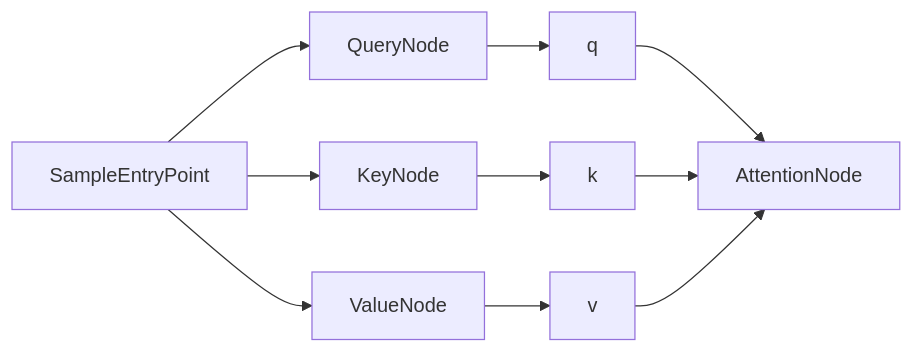
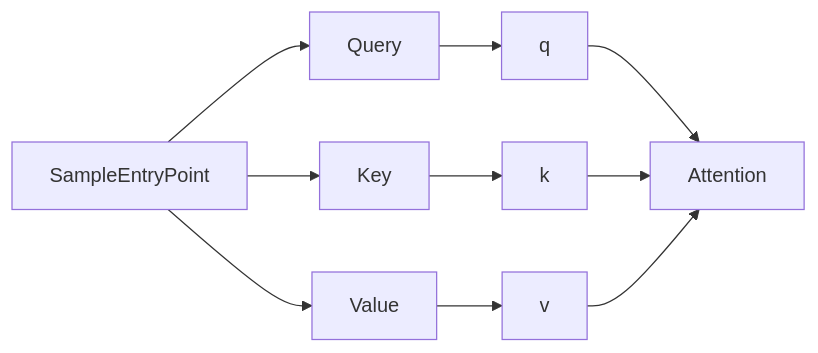
One commit to skasti/skyn-vaettr changed the diagram in docs/default-topology.md. Above: the diagram before and after it, drawn with Mermaid. The commit also changed other lines of this file and 10 other files, not shown here.

````diff
--- a/docs/default-topology.md
+++ b/docs/default-topology.md
@@ -73,12 +73,12 @@
 ```mermaid
 flowchart LR
-    S[SampleEntryPoint] --> Q[QueryNode]
-    S --> K[KeyNode]
-    S --> V[ValueNode]
+    S[SampleEntryPoint] --> Q[Query]
+    S --> K[Key]
+    S --> V[Value]
     Q --> AQ[q]
     K --> AK[k]
     V --> AV[v]
-    AQ --> A[AttentionNode]
+    AQ --> A[Attention]
     AK --> A
     AV --> A
 ```
````
